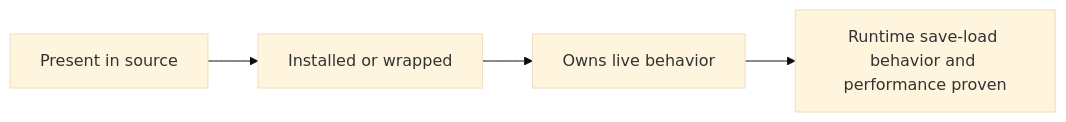
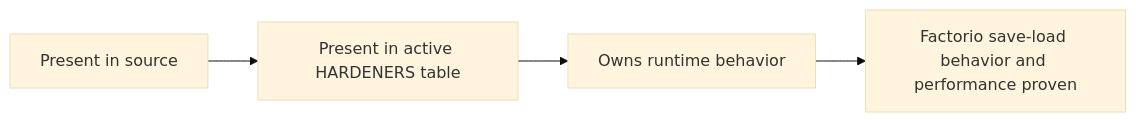
The first of 11 diagrams in docs/RECOVERY_AUTHORITY_MAP_CURRENT.md (mrcalzon02/Tech-Priests), drawn with Mermaid (base theme) before and after one commit. The commit also changed other lines of this file, not shown here.

````diff
--- a/docs/RECOVERY_AUTHORITY_MAP_CURRENT.md
+++ b/docs/RECOVERY_AUTHORITY_MAP_CURRENT.md
@@ -14,8 +14,8 @@
 ```mermaid
 flowchart LR
     Present[Present in source]
-    Installed[Installed or wrapped]
-    Authoritative[Owns live behavior]
-    Proven[Runtime save-load behavior and performance proven]
-    Present --> Installed --> Authoritative --> Proven
+    Active[Present in active HARDENERS table]
+    Authority[Owns runtime behavior]
+    Proven[Factorio save-load behavior and performance proven]
+    Present --> Active --> Authority --> Proven
 ```
````
